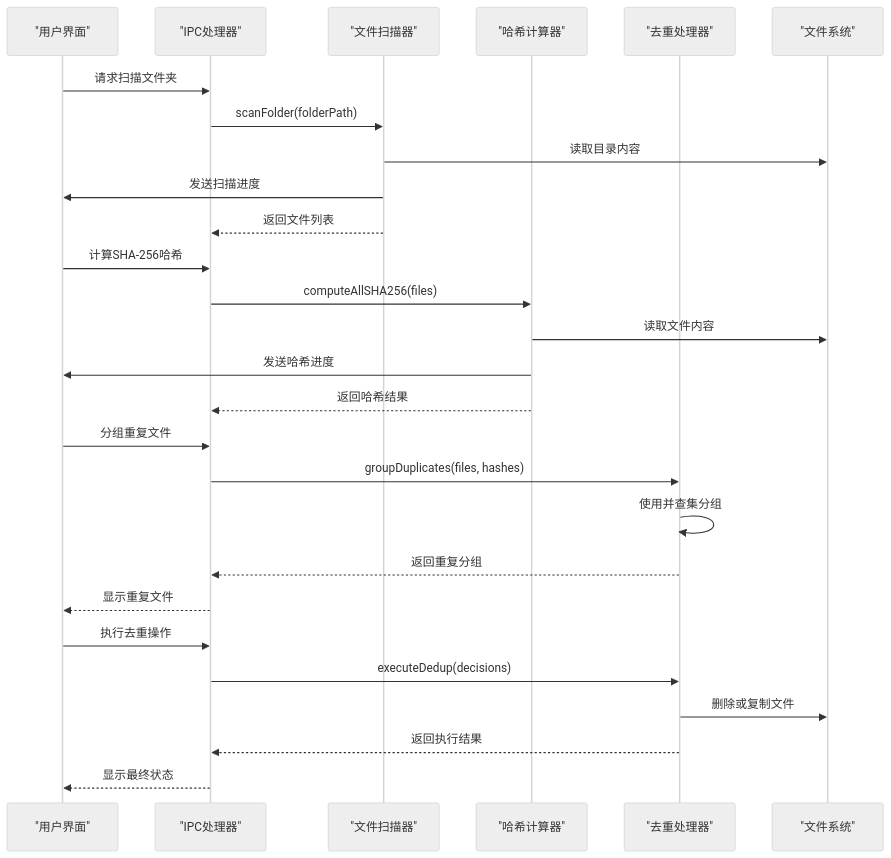
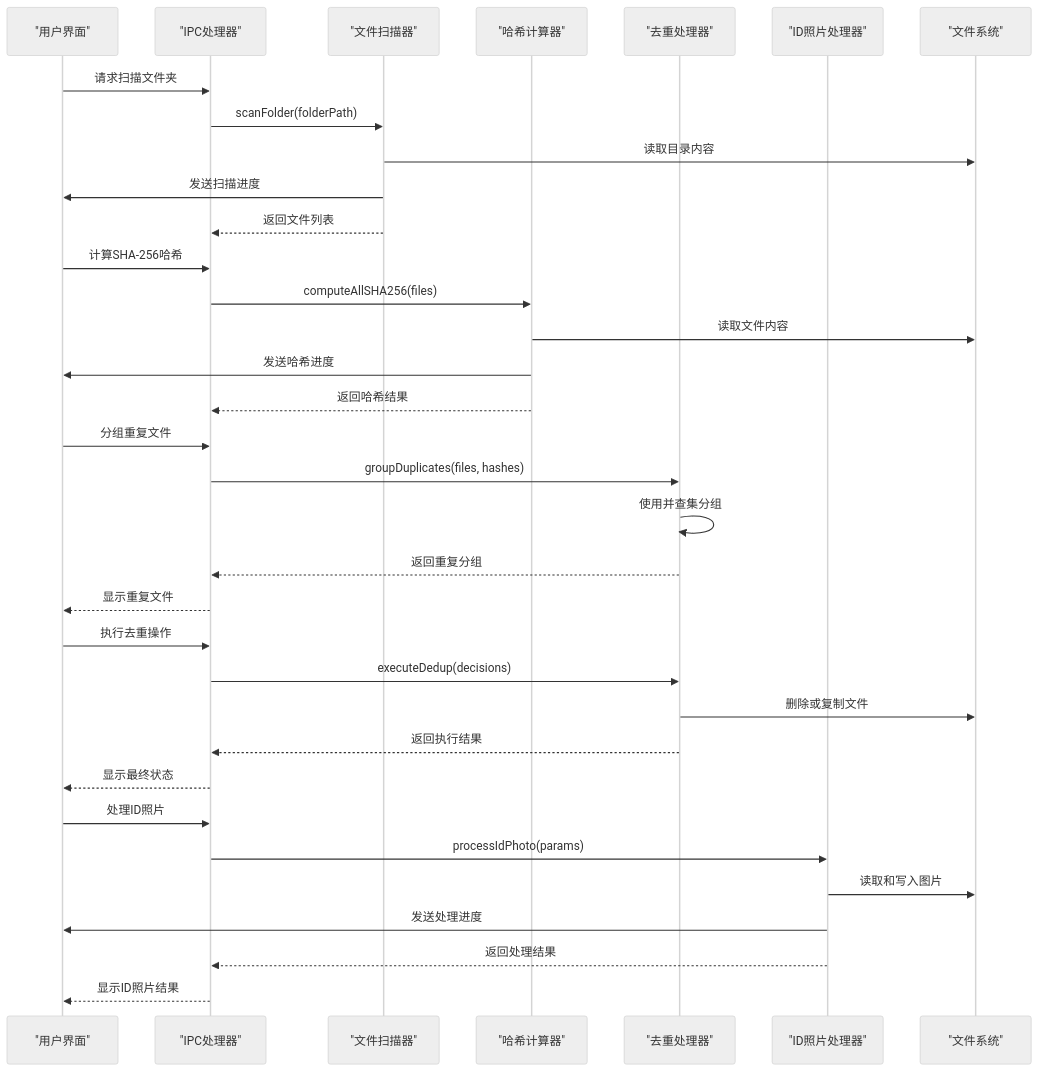
The sixth of 16 diagrams in .qoder/repowiki/zh/content/核心服务模块/核心服务模块.md (remgasuki/ReDoPhoto), drawn with Mermaid (neutral theme) before and after one commit. The commit also changed other lines of this file and 31 other files, not shown here.

Commit message:
v2.2.0: 证件照功能全面升级 - AI抠图/海量模板/美颜/压缩/排版

````diff
--- a/.qoder/repowiki/zh/content/核心服务模块/核心服务模块.md
+++ b/.qoder/repowiki/zh/content/核心服务模块/核心服务模块.md
@@ -212,29 +284,36 @@
 ```mermaid
 sequenceDiagram
 participant UI as "用户界面"
 participant IPC as "IPC处理器"
 participant Scanner as "文件扫描器"
 participant Hasher as "哈希计算器"
 participant Deduper as "去重处理器"
+participant IdPhoto as "ID照片处理器"
 participant FS as "文件系统"
 UI->>IPC : 请求扫描文件夹
 IPC->>Scanner : scanFolder(folderPath)
 Scanner->>FS : 读取目录内容
 Scanner->>UI : 发送扫描进度
 Scanner-->>IPC : 返回文件列表
 UI->>IPC : 计算SHA-256哈希
 IPC->>Hasher : computeAllSHA256(files)
 Hasher->>FS : 读取文件内容
 Hasher->>UI : 发送哈希进度
 Hasher-->>IPC : 返回哈希结果
 UI->>IPC : 分组重复文件
 IPC->>Deduper : groupDuplicates(files, hashes)
 Deduper->>Deduper : 使用并查集分组
 Deduper-->>IPC : 返回重复分组
 IPC-->>UI : 显示重复文件
 UI->>IPC : 执行去重操作
 IPC->>Deduper : executeDedup(decisions)
 Deduper->>FS : 删除或复制文件
 Deduper-->>IPC : 返回执行结果
 IPC-->>UI : 显示最终状态
+UI->>IPC : 处理ID照片
+IPC->>IdPhoto : processIdPhoto(params)
+IdPhoto->>FS : 读取和写入图片
+IdPhoto->>UI : 发送处理进度
+IdPhoto-->>IPC : 返回处理结果
+IPC-->>UI : 显示ID照片结果
 ```
````
